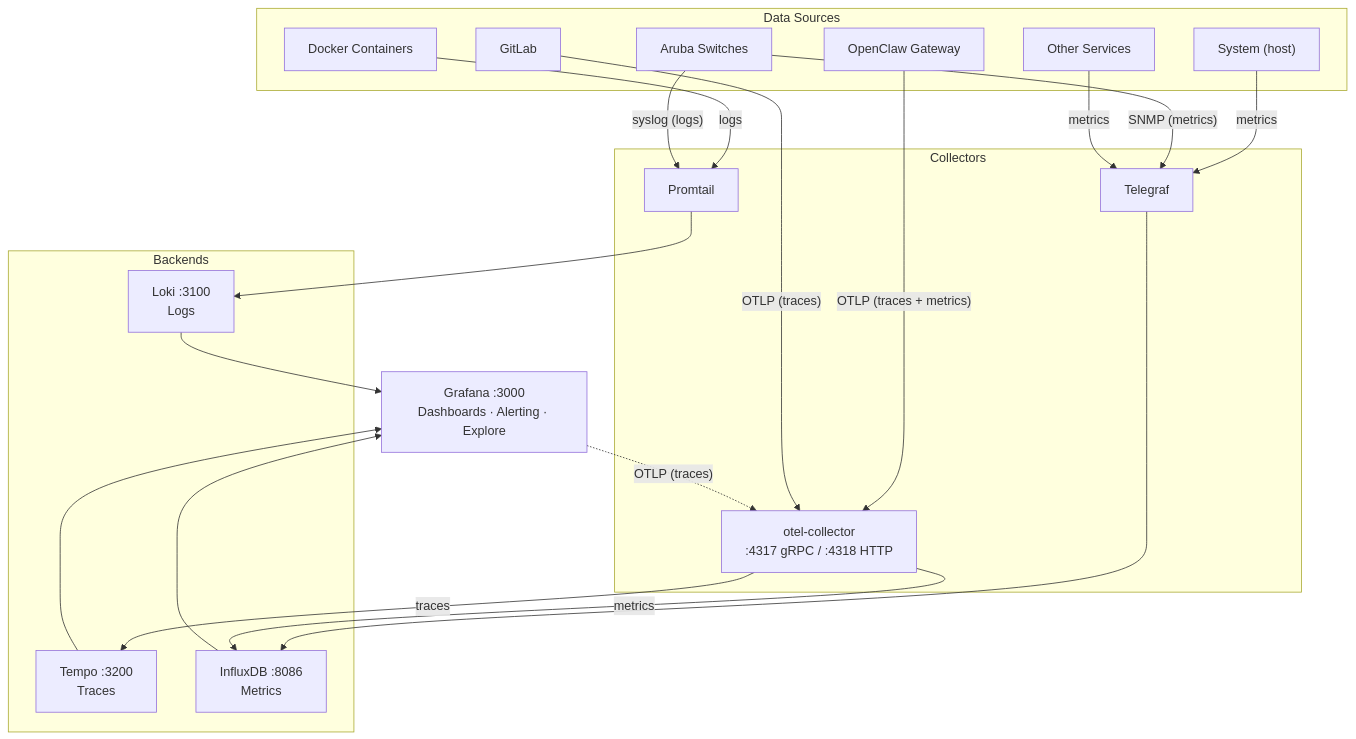
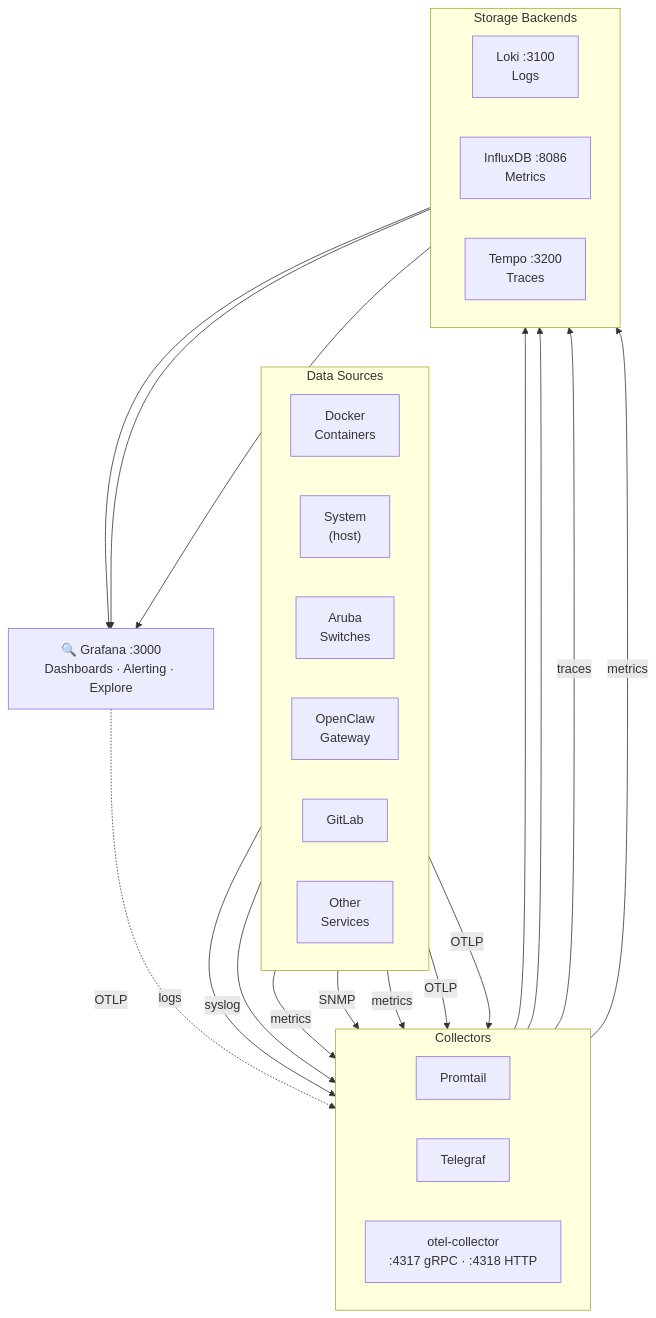
One commit to konturn/homelab changed the diagram in docs/OBSERVABILITY.md. Above: the diagram before and after it, drawn with Mermaid.

Commit message:
docs: fix Mermaid diagram layout — Grafana at bottom, cleaner flow

````diff
--- a/docs/OBSERVABILITY.md
+++ b/docs/OBSERVABILITY.md
@@ -7,43 +7,53 @@
 ```mermaid
-graph TD
-    subgraph sources["Data Sources"]
-        docker["Docker Containers"]
-        system["System (host)"]
-        switches["Aruba Switches"]
-        openclaw["OpenClaw Gateway"]
+graph TB
+    subgraph sources [" Data Sources "]
+        direction LR
+        docker["Docker<br/>Containers"]
+        system["System<br/>(host)"]
+        switches["Aruba<br/>Switches"]
+        openclaw["OpenClaw<br/>Gateway"]
         gitlab["GitLab"]
-        other["Other Services"]
+        other["Other<br/>Services"]
     end
 
-    subgraph collectors["Collectors"]
+    subgraph collectors [" Collectors "]
+        direction LR
         promtail["Promtail"]
         telegraf["Telegraf"]
-        otel["otel-collector<br/>:4317 gRPC / :4318 HTTP"]
+        otel["otel-collector<br/>:4317 gRPC · :4318 HTTP"]
     end
 
-    subgraph backends["Backends"]
+    subgraph backends [" Storage Backends "]
+        direction LR
         loki["Loki :3100<br/>Logs"]
+        influx["InfluxDB :8086<br/>Metrics"]
         tempo["Tempo :3200<br/>Traces"]
-        influx["InfluxDB :8086<br/>Metrics"]
     end
 
-    grafana["Grafana :3000<br/>Dashboards · Alerting · Explore"]
+    grafana["🔍 Grafana :3000<br/>Dashboards · Alerting · Explore"]
 
+    %% Log paths
     docker -- logs --> promtail
+    switches -- syslog --> promtail
+
+    %% Metric paths
     system -- metrics --> telegraf
-    switches -- "SNMP (metrics)" --> telegraf
-    switches -- "syslog (logs)" --> promtail
+    switches -- SNMP --> telegraf
     other -- metrics --> telegraf
-    openclaw -- "OTLP (traces + metrics)" --> otel
-    gitlab -- "OTLP (traces)" --> otel
-    grafana -. "OTLP (traces)" .-> otel
 
+    %% OTLP paths
+    openclaw -- OTLP --> otel
+    gitlab -- OTLP --> otel
+    grafana -. OTLP .-> otel
+
+    %% Collectors to backends
     promtail --> loki
     telegraf --> influx
     otel -- traces --> tempo
     otel -- metrics --> influx
 
+    %% Backends to Grafana
     loki --> grafana
+    influx --> grafana
     tempo --> grafana
-    influx --> grafana
 ```
````
